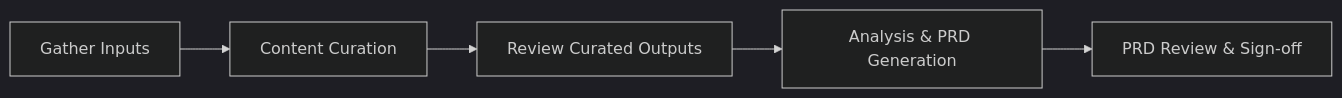
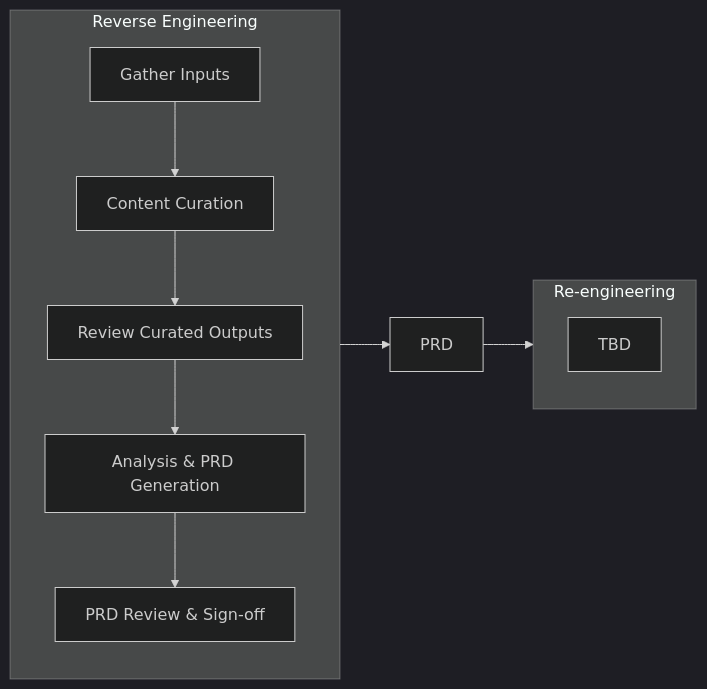
Before and after one commit to DEFRA/defra-ai-modernisation-playbook: the diagram in index.md, drawn with Mermaid (dark theme). The commit also changed other lines of this file and 39 other files, not shown here.

Commit message:
docs: restructure playbook into reverse engineering and re-engineering phases

````diff
--- a/index.md
+++ b/index.md
@@ -11,7 +14,14 @@
 ```mermaid
 flowchart LR
-    A["Gather Inputs"] --> B["Content Curation"]
-    B --> C["Review Curated Outputs"]
-    C --> D["Analysis & PRD Generation"]
-    D --> E["PRD Review & Sign-off"]
+    subgraph RE ["Reverse Engineering"]
+        A["Gather Inputs"] --> B["Content Curation"]
+        B --> C["Review Curated Outputs"]
+        C --> D["Analysis & PRD Generation"]
+        D --> E["PRD Review & Sign-off"]
+    end
+    RE --> F["PRD"]
+    subgraph REENGG ["Re-engineering"]
+        G["TBD"]
+    end
+    F --> REENGG
 ```
````
